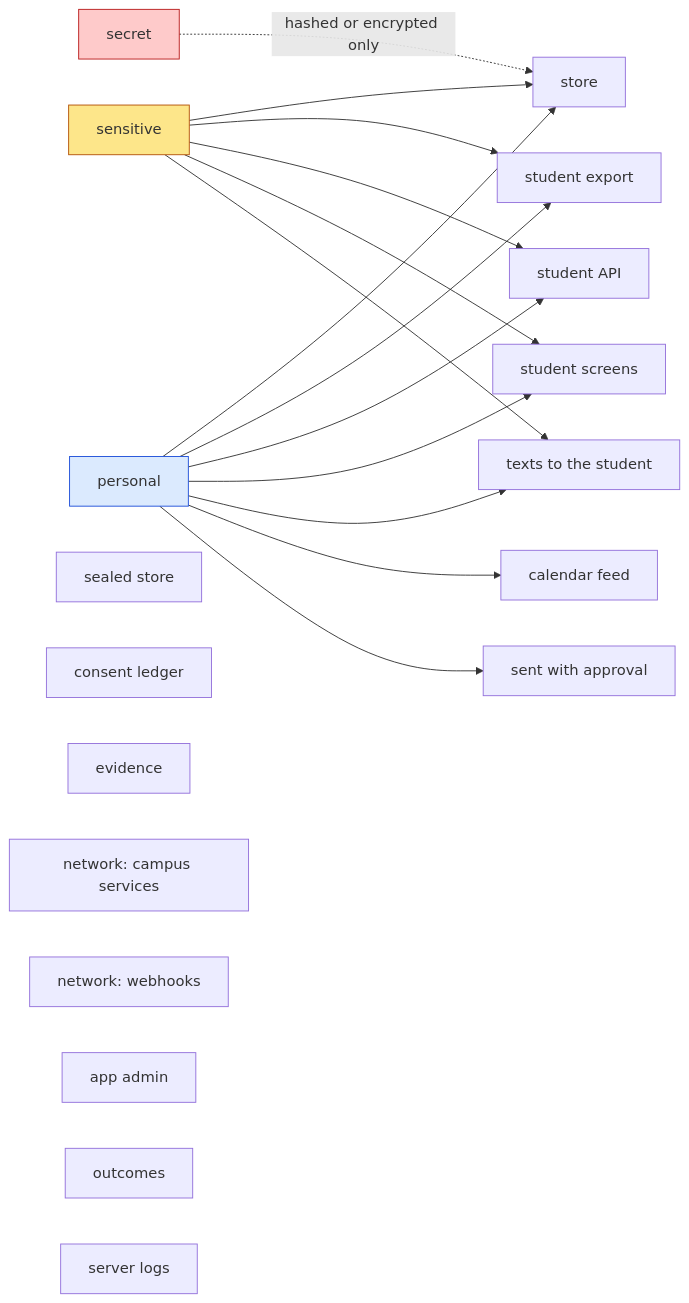
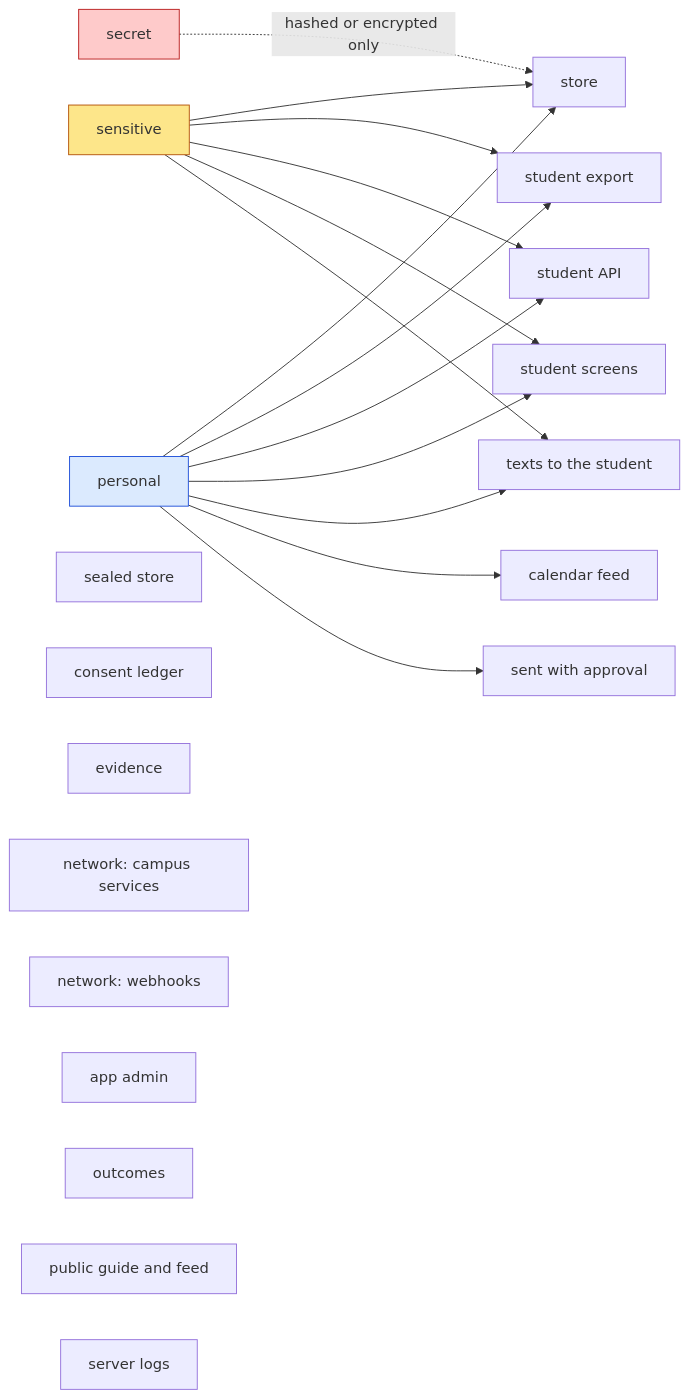
Before and after one commit to russlittle/ZTHR: the second of 10 diagrams in docs/flows/sensitive-data.md, drawn with Mermaid. The commit also changed other lines of this file and 41 other files, not shown here.

First line of the commit message:
Community resource guide in the app, its public feed, and deeper evidence

````diff
--- a/docs/flows/sensitive-data.md
+++ b/docs/flows/sensitive-data.md
@@ -32,37 +32,38 @@
 ```mermaid
 flowchart LR
   P[personal]:::p
   S[sensitive]:::s
   X[secret]:::x
   k0[store]
   k1[sealed store]
   k2[consent ledger]
   k3[evidence]
   k4[student export]
   k5[student API]
   k6[student screens]
   k7[texts to the student]
   k8[calendar feed]
   k9[sent with approval]
   k10[network: campus services]
   k11[network: webhooks]
   k12[app admin]
   k13[outcomes]
-  k14[server logs]
+  k14[public guide and feed]
+  k15[server logs]
   P --> k0
   S --> k0
   P --> k4
   S --> k4
   P --> k5
   S --> k5
   P --> k6
   S --> k6
   P --> k7
   S --> k7
   P --> k8
   P --> k9
   X -. hashed or encrypted only .-> k0
   classDef p fill:#dbeafe,stroke:#1d4ed8
   classDef s fill:#fde68a,stroke:#b45309
   classDef x fill:#fecaca,stroke:#b91c1c
 ```
````
